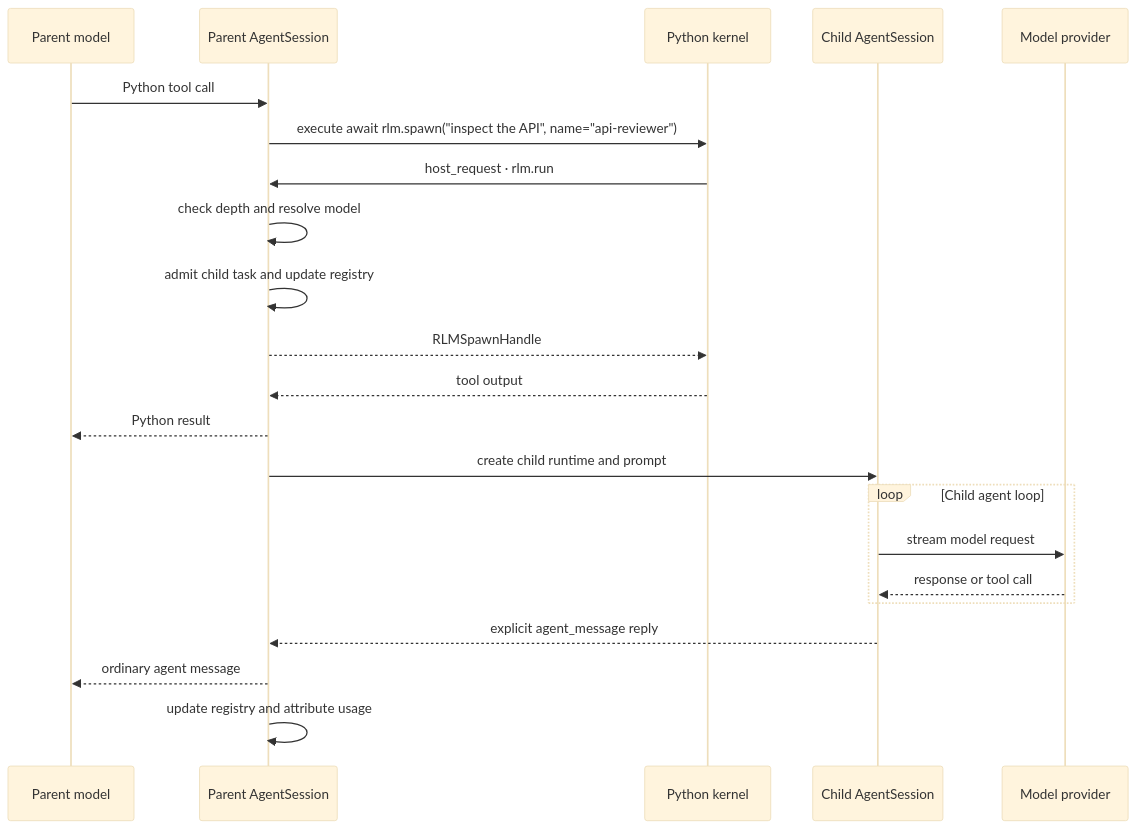
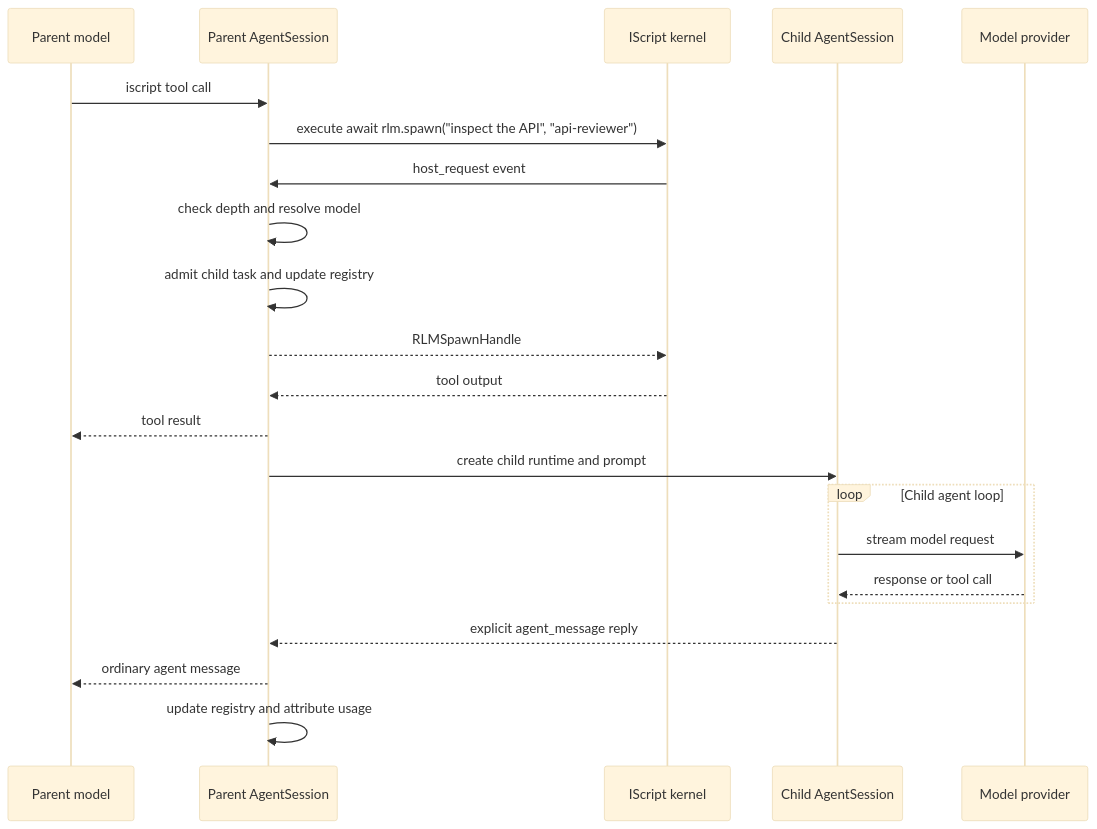
One commit to Jackhuang13/apollo-cli changed the second of 2 diagrams in packages/coding-agent/docs/rlm-runtime.md. Above: the diagram before and after it, drawn with Mermaid (base theme). The commit also changed other lines of this file and 35 other files, not shown here.

Commit message:
docs: migrate coding-agent docs to Apollo CLI and the IScript kernel

````diff
--- a/packages/coding-agent/docs/rlm-runtime.md
+++ b/packages/coding-agent/docs/rlm-runtime.md
@@ -38,25 +36,25 @@
 ```mermaid
 sequenceDiagram
     participant M as Parent model
     participant H as Parent AgentSession
-    participant K as Python kernel
+    participant K as IScript kernel
     participant C as Child AgentSession
     participant P as Model provider
 
-    M->>H: Python tool call
-    H->>K: execute await rlm.spawn("inspect the API", name="api-reviewer")
-    K->>H: host_request · rlm.run
+    M->>H: iscript tool call
+    H->>K: execute await rlm.spawn("inspect the API", "api-reviewer")
+    K->>H: host_request event
     H->>H: check depth and resolve model
     H->>H: admit child task and update registry
     H-->>K: RLMSpawnHandle
     K-->>H: tool output
-    H-->>M: Python result
+    H-->>M: tool result
     H->>C: create child runtime and prompt
     loop Child agent loop
         C->>P: stream model request
         P-->>C: response or tool call
     end
     C-->>H: explicit agent_message reply
     H-->>M: ordinary agent message
     H->>H: update registry and attribute usage
 ```
````
